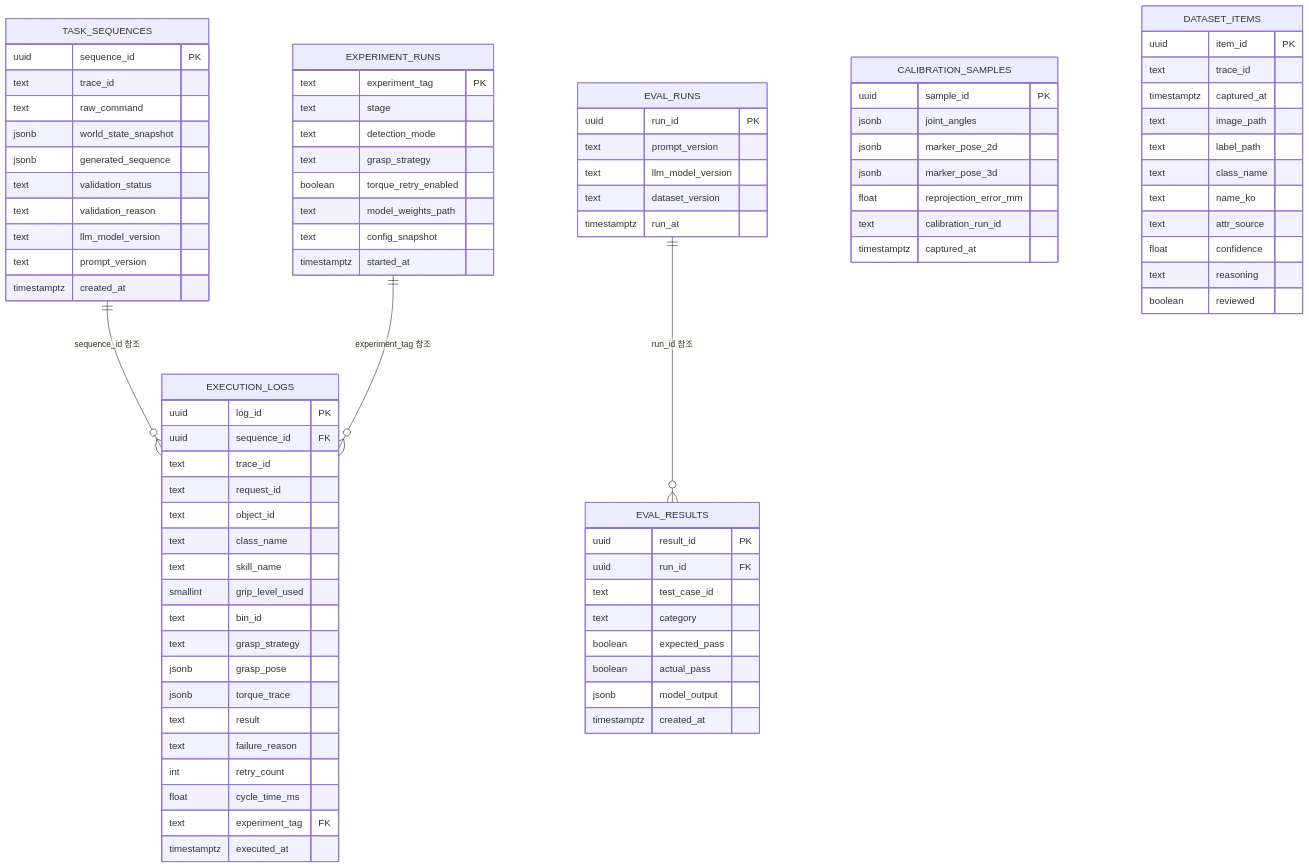
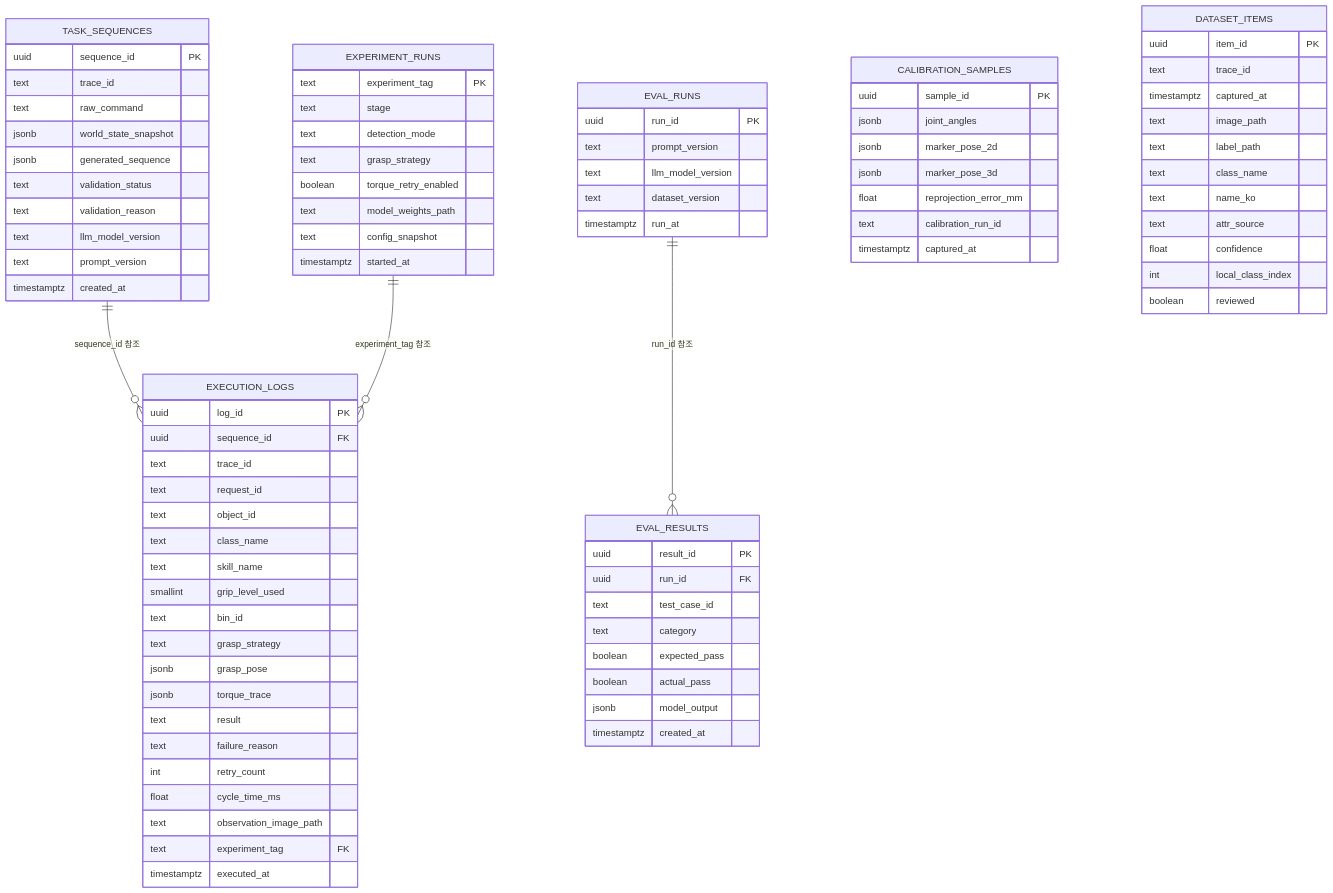
One commit to Haeyuni/PiecePickingSystem changed the diagram in docs/시스템명세서.md. Above: the diagram before and after it, drawn with Mermaid. The commit also changed other lines of this file and 11 other files, not shown here.

````diff
--- a/docs/시스템명세서.md
+++ b/docs/시스템명세서.md
@@ -95,6 +96,7 @@
         text failure_reason
         int retry_count
         float cycle_time_ms
+        text observation_image_path
         text experiment_tag FK
         timestamptz executed_at
     }
@@ -149,7 +151,7 @@
         text name_ko
         text attr_source
         float confidence
-        text reasoning
+        int local_class_index
         boolean reviewed
     }
 ```
````
